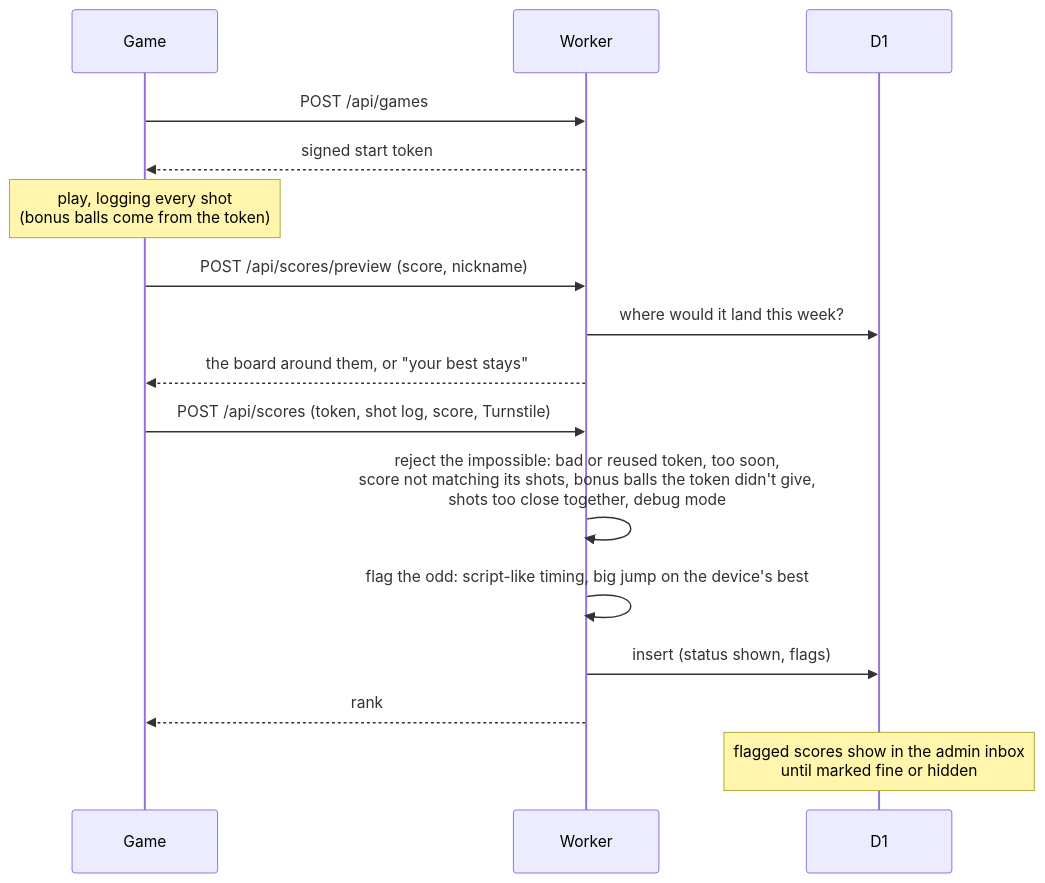
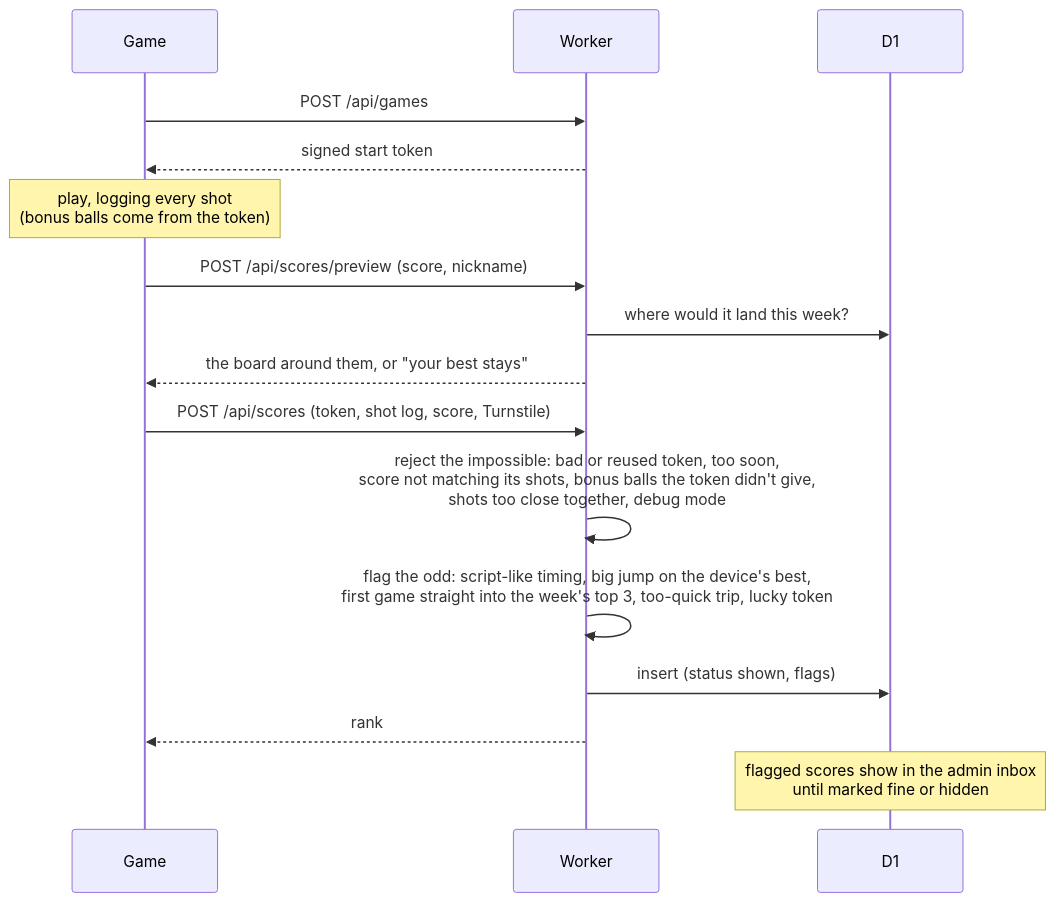
One commit to orsonbrooker/orsonbrooker.github.io changed the fourth of 7 diagrams in docs/architecture.md. Above: the diagram before and after it, drawn with Mermaid. The commit also changed 23 other files, not shown here.

First line of the commit message:
Flag first games straight into the top 3, too-quick trips and lucky tokens

````diff
--- a/docs/architecture.md
+++ b/docs/architecture.md
@@ -176,18 +176,18 @@
 ```mermaid
 sequenceDiagram
   participant G as Game
   participant W as Worker
   participant D as D1
   G->>W: POST /api/games
   W-->>G: signed start token
   Note over G: play, logging every shot<br/>(bonus balls come from the token)
   G->>W: POST /api/scores/preview (score, nickname)
   W->>D: where would it land this week?
   W-->>G: the board around them, or "your best stays"
   G->>W: POST /api/scores (token, shot log, score, Turnstile)
   W->>W: reject the impossible: bad or reused token, too soon,<br/>score not matching its shots, bonus balls the token didn't give,<br/>shots too close together, debug mode
-  W->>W: flag the odd: script-like timing, big jump on the device's best
+  W->>W: flag the odd: script-like timing, big jump on the device's best,<br/>first game straight into the week's top 3, too-quick trip, lucky token
   W->>D: insert (status shown, flags)
   W-->>G: rank
   Note over D: flagged scores show in the admin inbox<br/>until marked fine or hidden
 ```
````
